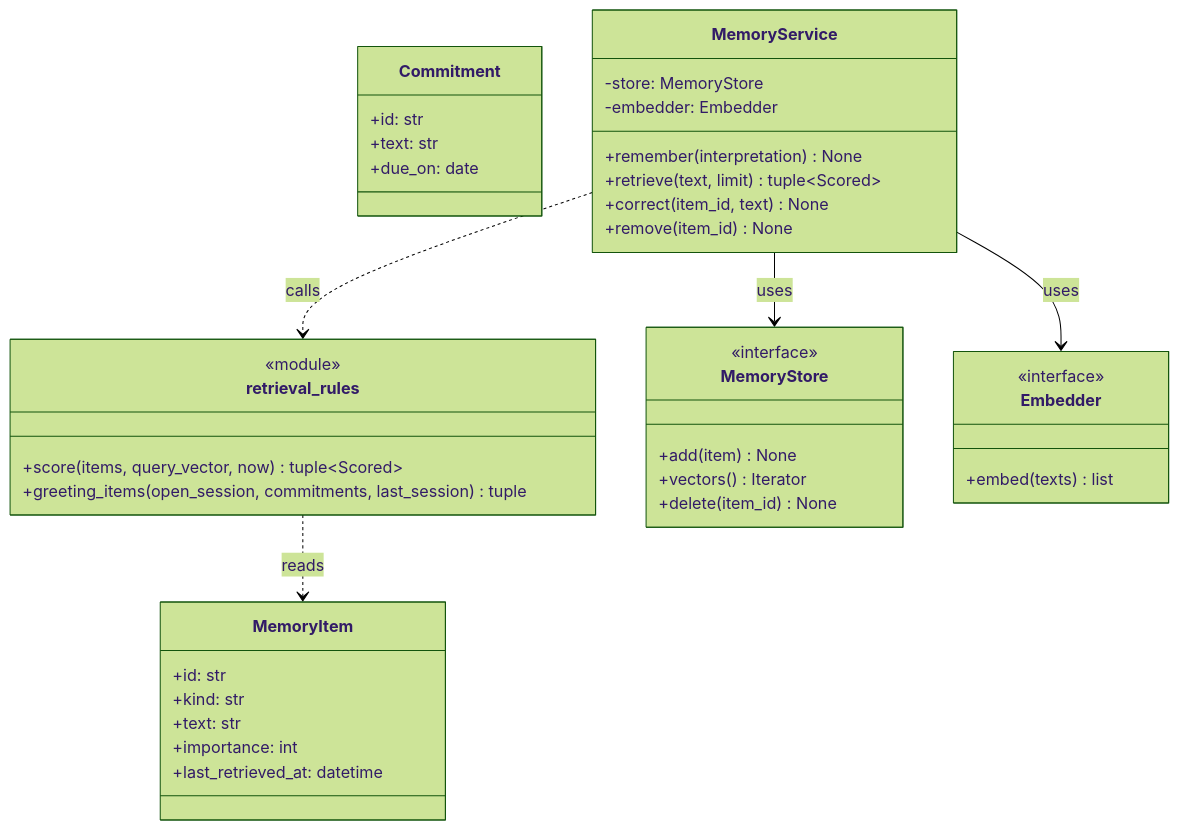
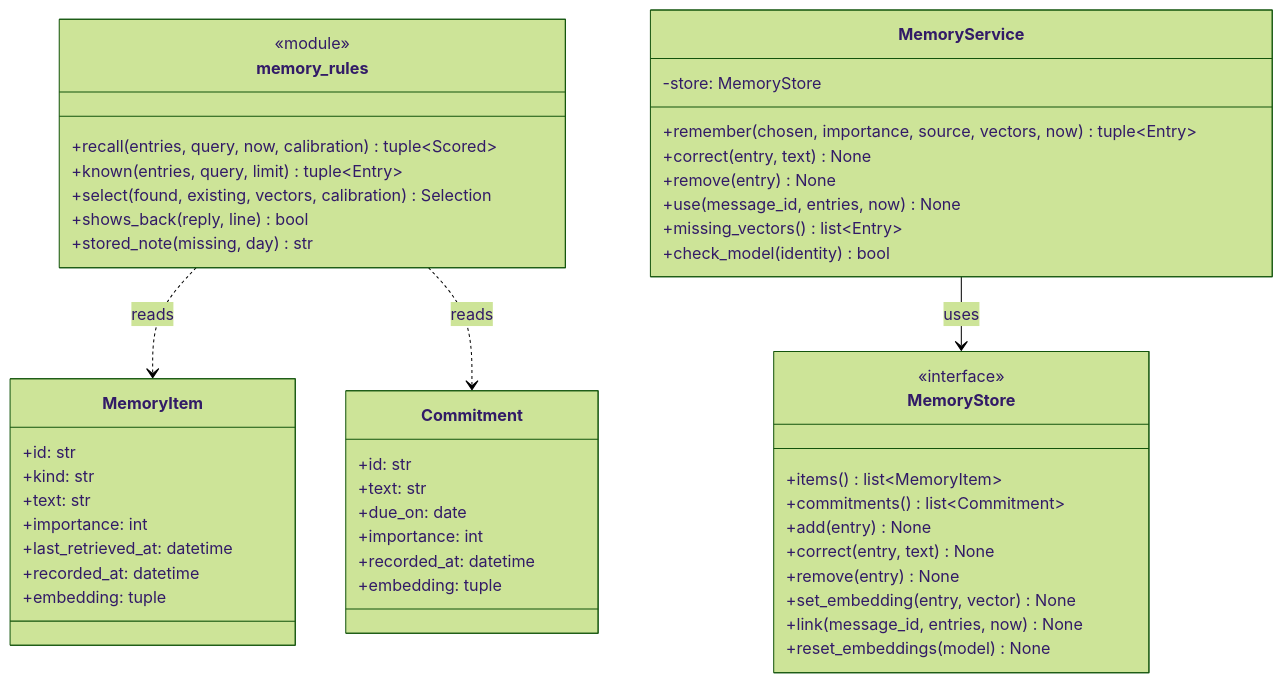
One commit to NguyenVu04/cognia changed diagram 14 of 46 in docs/architecture/ARCHITECTURE.md. Above: the diagram before and after it, drawn with Mermaid (forest theme). The commit also changed other lines of this file and 79 other files, not shown here.

Commit message:
Refine architecture decision records: update schema details in ADR 0003 and enhance embedding retrieval logic in ADR 0007

````diff
--- a/docs/architecture/ARCHITECTURE.md
+++ b/docs/architecture/ARCHITECTURE.md
@@ -1035,48 +1039,56 @@
 ```mermaid
 classDiagram
     class MemoryItem {
         +id: str
         +kind: str
         +text: str
         +importance: int
         +last_retrieved_at: datetime
+        +recorded_at: datetime
+        +embedding: tuple
     }
 
     class Commitment {
         +id: str
         +text: str
         +due_on: date
+        +importance: int
+        +recorded_at: datetime
+        +embedding: tuple
     }
 
-    class retrieval_rules {
+    class memory_rules {
         <<module>>
-        +score(items, query_vector, now) tuple~Scored~
-        +greeting_items(open_session, commitments, last_session) tuple
+        +recall(entries, query, now, calibration) tuple~Scored~
+        +known(entries, query, limit) tuple~Entry~
+        +select(found, existing, vectors, calibration) Selection
+        +shows_back(reply, line) bool
+        +stored_note(missing, day) str
     }
 
     class MemoryService {
         -store: MemoryStore
-        -embedder: Embedder
-        +remember(interpretation) None
-        +retrieve(text, limit) tuple~Scored~
-        +correct(item_id, text) None
-        +remove(item_id) None
+        +remember(chosen, importance, source, vectors, now) tuple~Entry~
+        +correct(entry, text) None
+        +remove(entry) None
+        +use(message_id, entries, now) None
+        +missing_vectors() list~Entry~
+        +check_model(identity) bool
     }
 
     class MemoryStore {
         <<interface>>
-        +add(item) None
-        +vectors() Iterator
-        +delete(item_id) None
-    }
-
-    class Embedder {
-        <<interface>>
-        +embed(texts) list
+        +items() list~MemoryItem~
+        +commitments() list~Commitment~
+        +add(entry) None
+        +correct(entry, text) None
+        +remove(entry) None
+        +set_embedding(entry, vector) None
+        +link(message_id, entries, now) None
+        +reset_embeddings(model) None
     }
 
     MemoryService --> MemoryStore : uses
-    MemoryService --> Embedder : uses
-    MemoryService ..> retrieval_rules : calls
-    retrieval_rules ..> MemoryItem : reads
+    memory_rules ..> MemoryItem : reads
+    memory_rules ..> Commitment : reads
 ```
````
